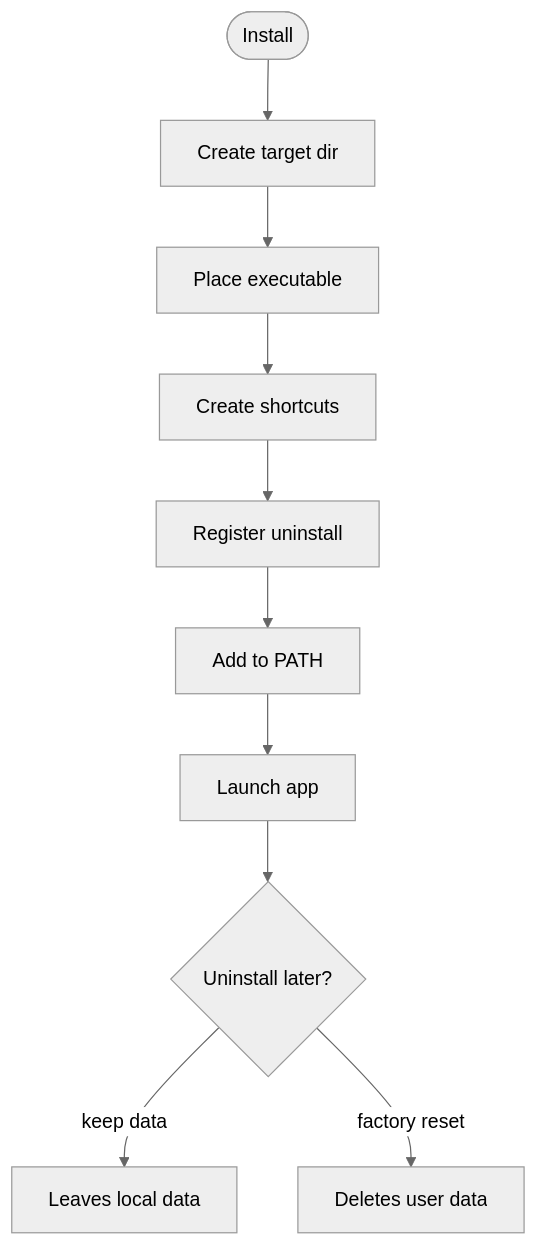
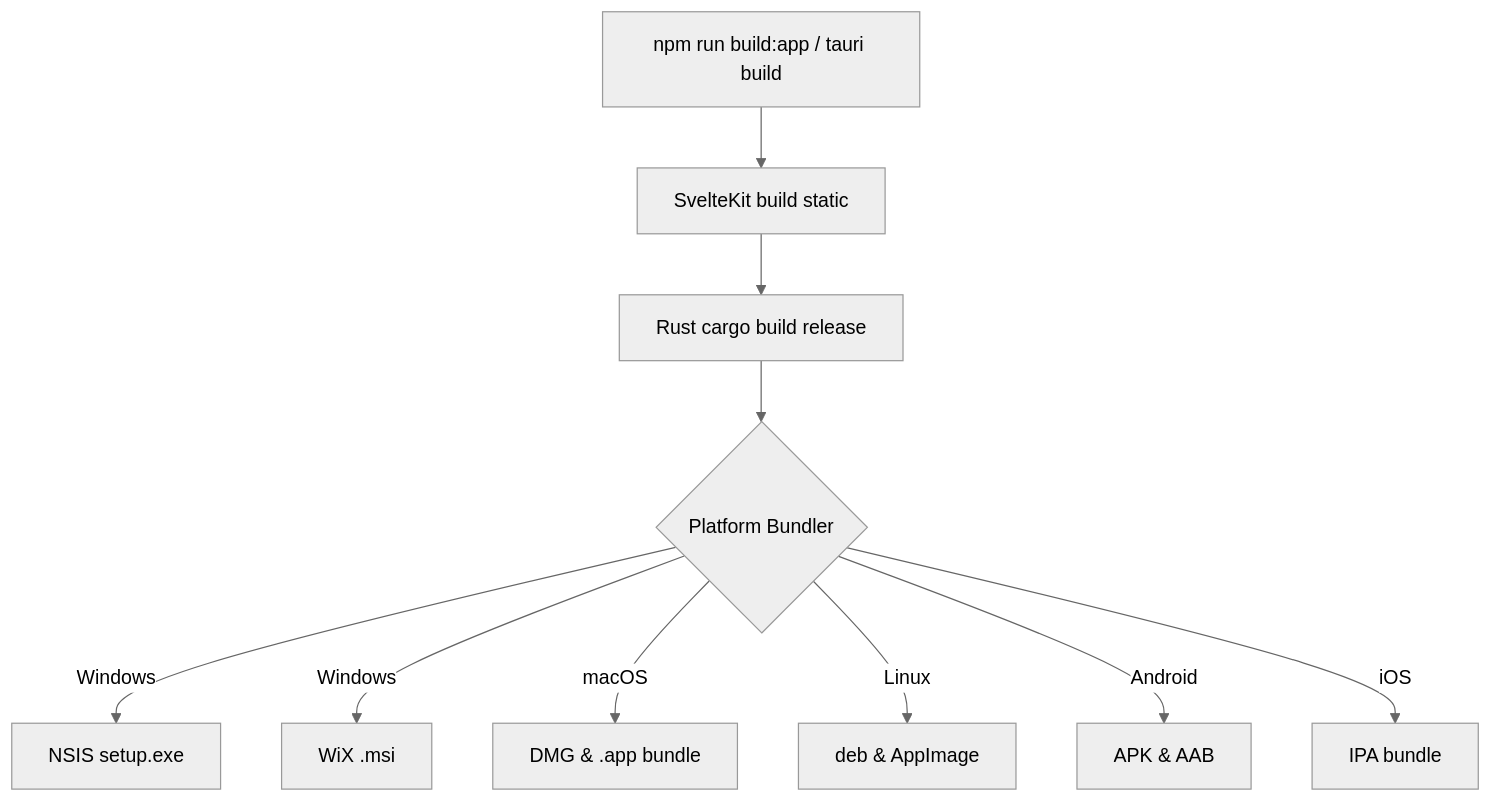
Before and after one commit to HELIX-Origin/NH-Reader: the diagram in wiki/Installer-Engine.md, drawn with Mermaid (neutral theme). The commit also changed other lines of this file and 107 other files, not shown here.

````diff
--- a/wiki/Installer-Engine.md
+++ b/wiki/Installer-Engine.md
@@ -77,13 +17,12 @@
 ```mermaid
 flowchart TD
-    Start([Install])
-    Start --> A[Create target dir]
-    A --> B[Place executable]
-    B --> C[Create shortcuts]
-    C --> D[Register uninstall]
-    D --> E[Add to PATH]
-    E --> F[Launch app]
-    F --> G{Uninstall later?}
-    G -->|"keep data"| H[Leaves local data]
-    G -->|"factory reset"| I[Deletes user data]
+    A[npm run build:app / tauri build] --> B[SvelteKit build static]
+    B --> C[Rust cargo build release]
+    C --> D{Platform Bundler}
+    D -->|Windows| E[NSIS setup.exe]
+    D -->|Windows| F[WiX .msi]
+    D -->|macOS| G[DMG & .app bundle]
+    D -->|Linux| H[deb & AppImage]
+    D -->|Android| I[APK & AAB]
+    D -->|iOS| J[IPA bundle]
 ```
````
